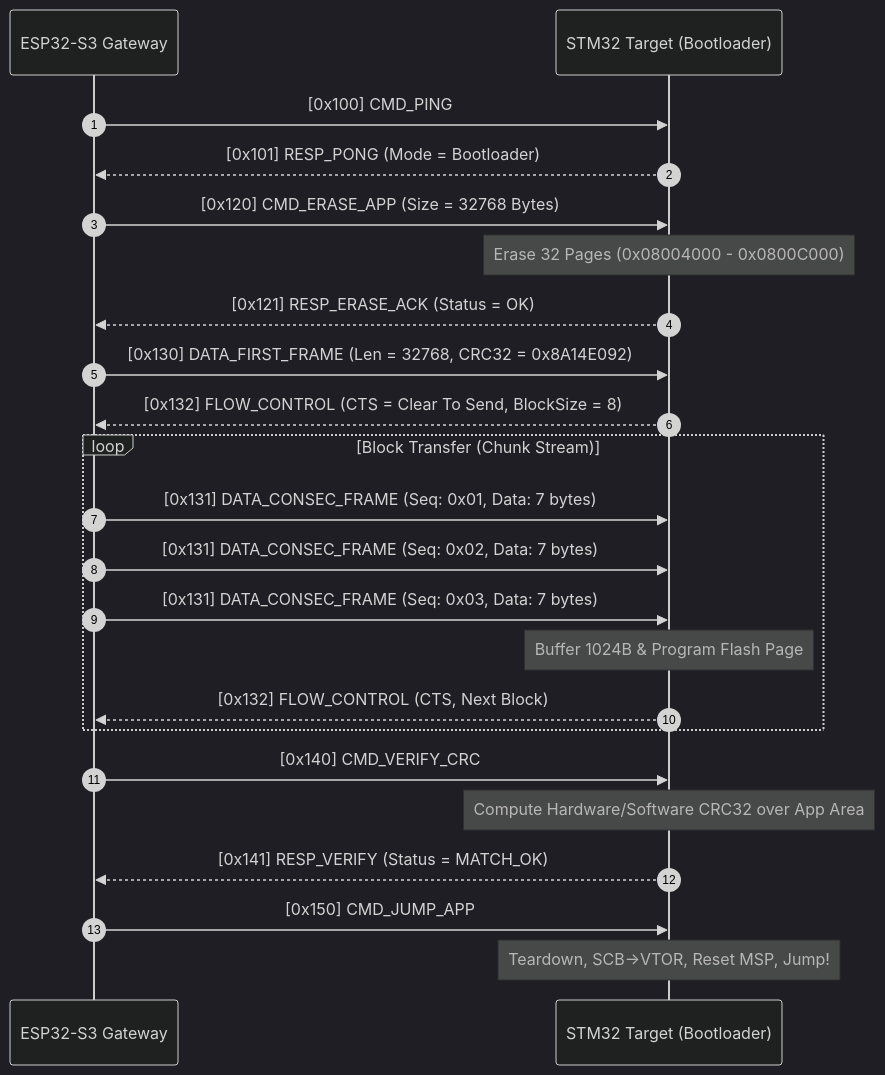
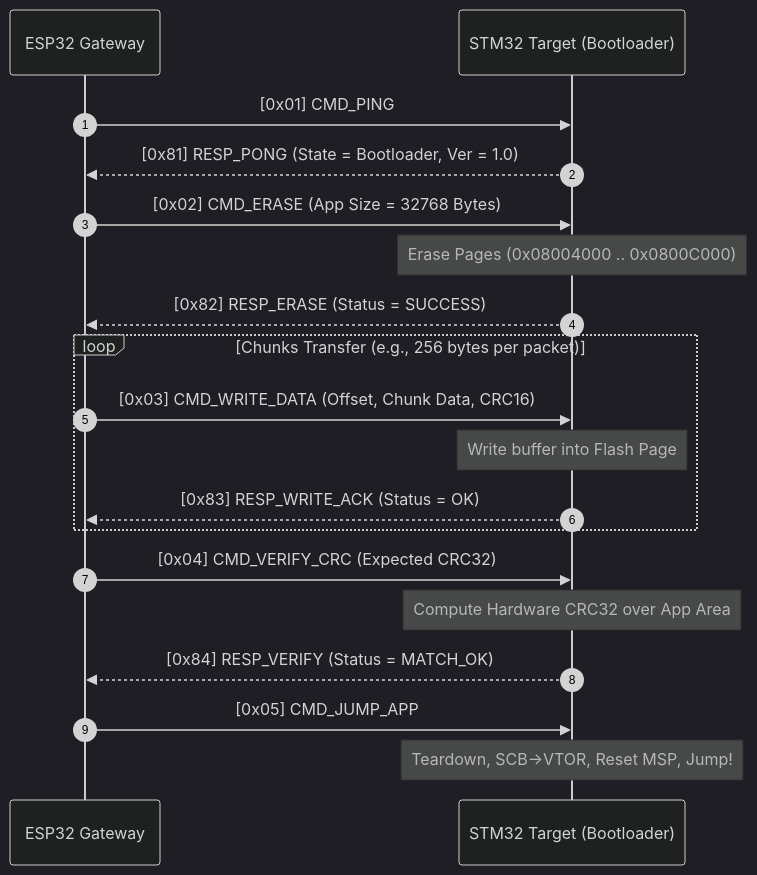
The diagram in README.md (ngotienloc/stm32-bootloader), drawn with Mermaid (dark theme) before and after one commit. The commit also changed other lines of this file and 2 other files, not shown here.

First line of the commit message:
Refactor documentation for UART Bootloader Protocol (UART-BLP v1.0) and project roadmap

````diff
--- a/README.md
+++ b/README.md
@@ -203,31 +177,26 @@
 ```mermaid
 sequenceDiagram
     autonumber
-    participant G as ESP32-S3 Gateway
+    participant G as ESP32 Gateway
     participant T as STM32 Target (Bootloader)
 
-    G->>T: [0x100] CMD_PING
-    T-->>G: [0x101] RESP_PONG (Mode = Bootloader)
+    G->>T: [0x01] CMD_PING
+    T-->>G: [0x81] RESP_PONG (State = Bootloader, Ver = 1.0)
 
-    G->>T: [0x120] CMD_ERASE_APP (Size = 32768 Bytes)
-    Note over T: Erase 32 Pages (0x08004000 - 0x0800C000)
-    T-->>G: [0x121] RESP_ERASE_ACK (Status = OK)
+    G->>T: [0x02] CMD_ERASE (App Size = 32768 Bytes)
+    Note over T: Erase Pages (0x08004000 .. 0x0800C000)
+    T-->>G: [0x82] RESP_ERASE (Status = SUCCESS)
 
-    G->>T: [0x130] DATA_FIRST_FRAME (Len = 32768, CRC32 = 0x8A14E092)
-    T-->>G: [0x132] FLOW_CONTROL (CTS = Clear To Send, BlockSize = 8)
-
-    loop Block Transfer (Chunk Stream)
-        G->>T: [0x131] DATA_CONSEC_FRAME (Seq: 0x01, Data: 7 bytes)
-        G->>T: [0x131] DATA_CONSEC_FRAME (Seq: 0x02, Data: 7 bytes)
-        G->>T: [0x131] DATA_CONSEC_FRAME (Seq: 0x03, Data: 7 bytes)
-        Note over T: Buffer 1024B & Program Flash Page
-        T-->>G: [0x132] FLOW_CONTROL (CTS, Next Block)
+    loop Chunks Transfer (e.g., 256 bytes per packet)
+        G->>T: [0x03] CMD_WRITE_DATA (Offset, Chunk Data, CRC16)
+        Note over T: Write buffer into Flash Page
+        T-->>G: [0x83] RESP_WRITE_ACK (Status = OK)
     end
 
-    G->>T: [0x140] CMD_VERIFY_CRC
-    Note over T: Compute Hardware/Software CRC32 over App Area
-    T-->>G: [0x141] RESP_VERIFY (Status = MATCH_OK)
+    G->>T: [0x04] CMD_VERIFY_CRC (Expected CRC32)
+    Note over T: Compute Hardware CRC32 over App Area
+    T-->>G: [0x84] RESP_VERIFY (Status = MATCH_OK)
 
-    G->>T: [0x150] CMD_JUMP_APP
+    G->>T: [0x05] CMD_JUMP_APP
     Note over T: Teardown, SCB->VTOR, Reset MSP, Jump!
 ```
````
